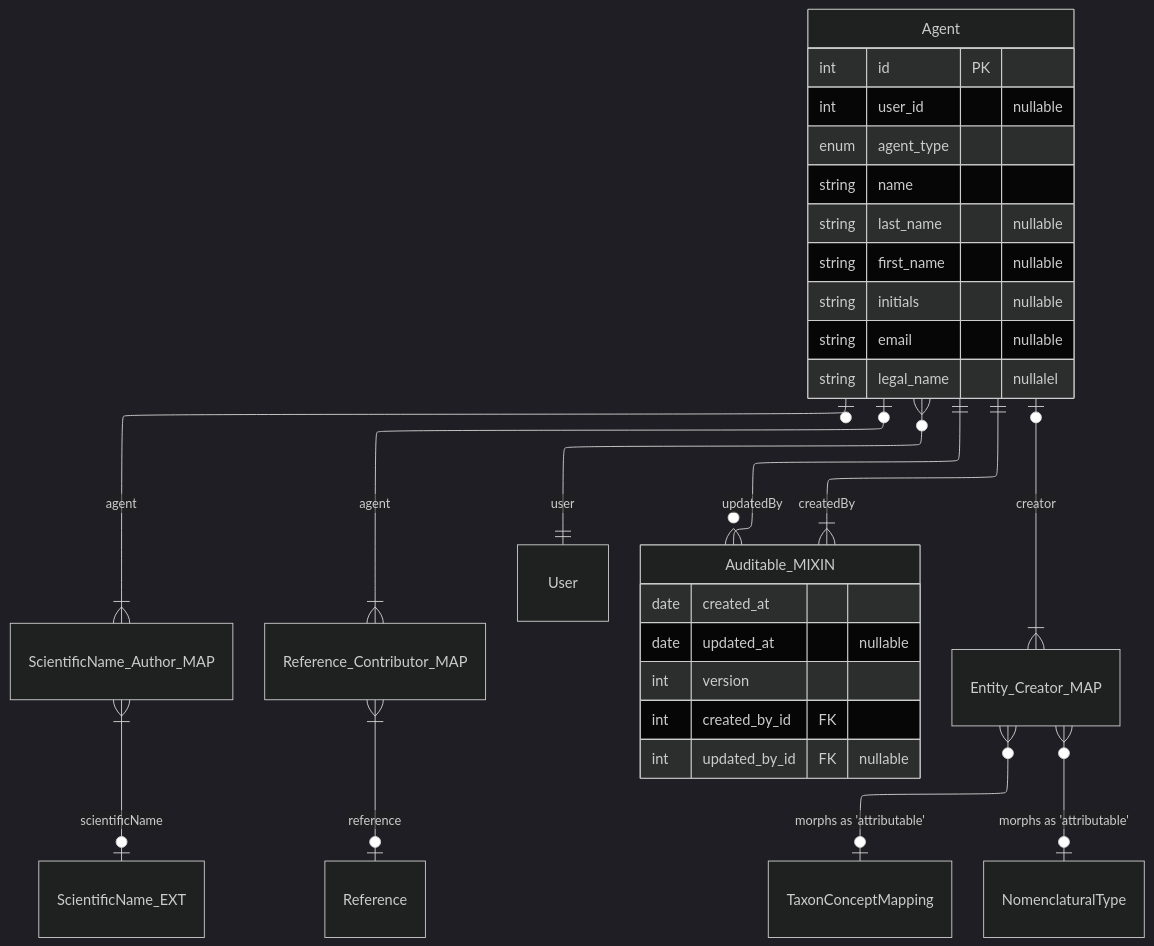
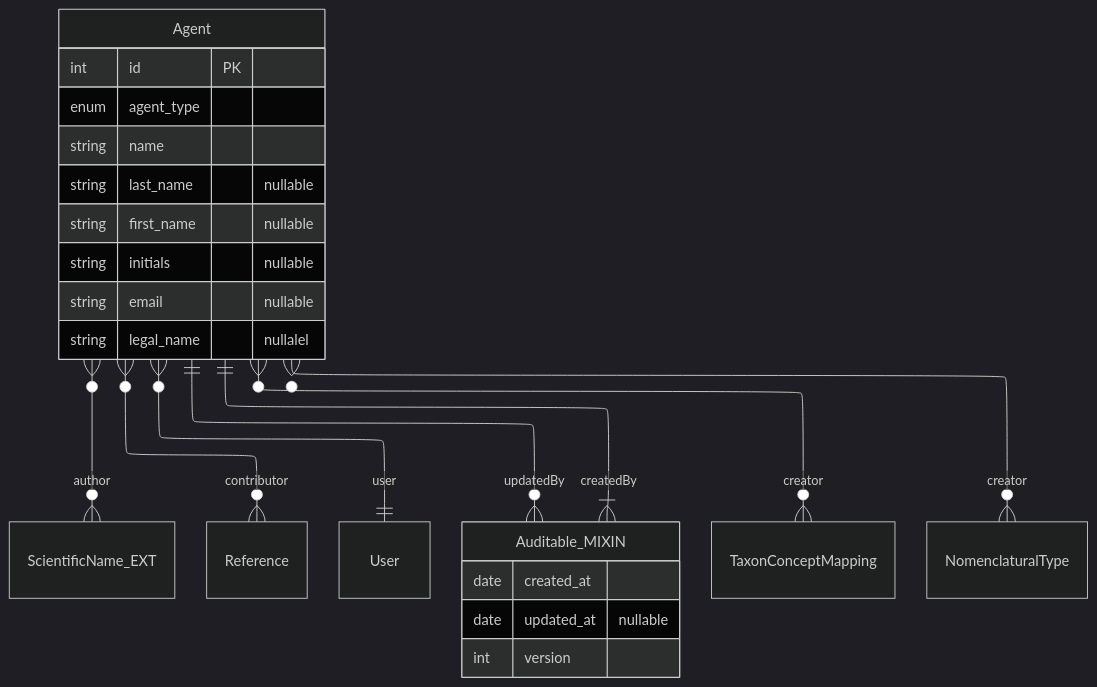
One commit to vicflora/vicflora-docs changed the diagram in source/_mermaid/layer-4b-attribution.mmd. Above: the diagram before and after it, drawn with Mermaid (dark theme). The commit also changed 55 other files, not shown here.

```diff
--- a/source/_mermaid/layer-4b-attribution.mmd
+++ b/source/_mermaid/layer-4b-attribution.mmd
@@ -1,39 +1,32 @@
 ---
 config:
   layout: elk
 ---
 erDiagram
+  Agent }o--o{ ScientificName_EXT : "author"
 
-  Agent |o--|{ScientificName_Author_MAP : "agent"
-  ScientificName_Author_MAP }|--o| ScientificName_EXT : "scientificName"
-
-  Agent |o--|{ Reference_Contributor_MAP : agent
-  Reference_Contributor_MAP }|--o| Reference : "reference"
+  Agent }o--o{ Reference : "contributor"
 
   Agent }o--|| User : user
   Agent ||--|{ Auditable_MIXIN : "createdBy"
   Agent ||--o{ Auditable_MIXIN : "updatedBy"
 
-  Agent |o--|{ Entity_Creator_MAP : "creator"
-  Entity_Creator_MAP }o--o| TaxonConceptMapping : "morphs as 'attributable'"
-  Entity_Creator_MAP }o--o| NomenclaturalType : "morphs as 'attributable'"
+  Agent }o--o{ TaxonConceptMapping : "creator"
+  Agent }o--o{ NomenclaturalType : "creator"
 
   Agent {
     int id PK
-    int user_id "nullable"
     enum agent_type
     string name 
     string last_name "nullable"
     string first_name "nullable"
     string initials "nullable"
     string email "nullable"
     string legal_name "nullalel"
   }
 
   Auditable_MIXIN {
     date created_at 
     date updated_at "nullable"
     int version
-    int created_by_id FK
-    int updated_by_id FK "nullable"
   }
```
